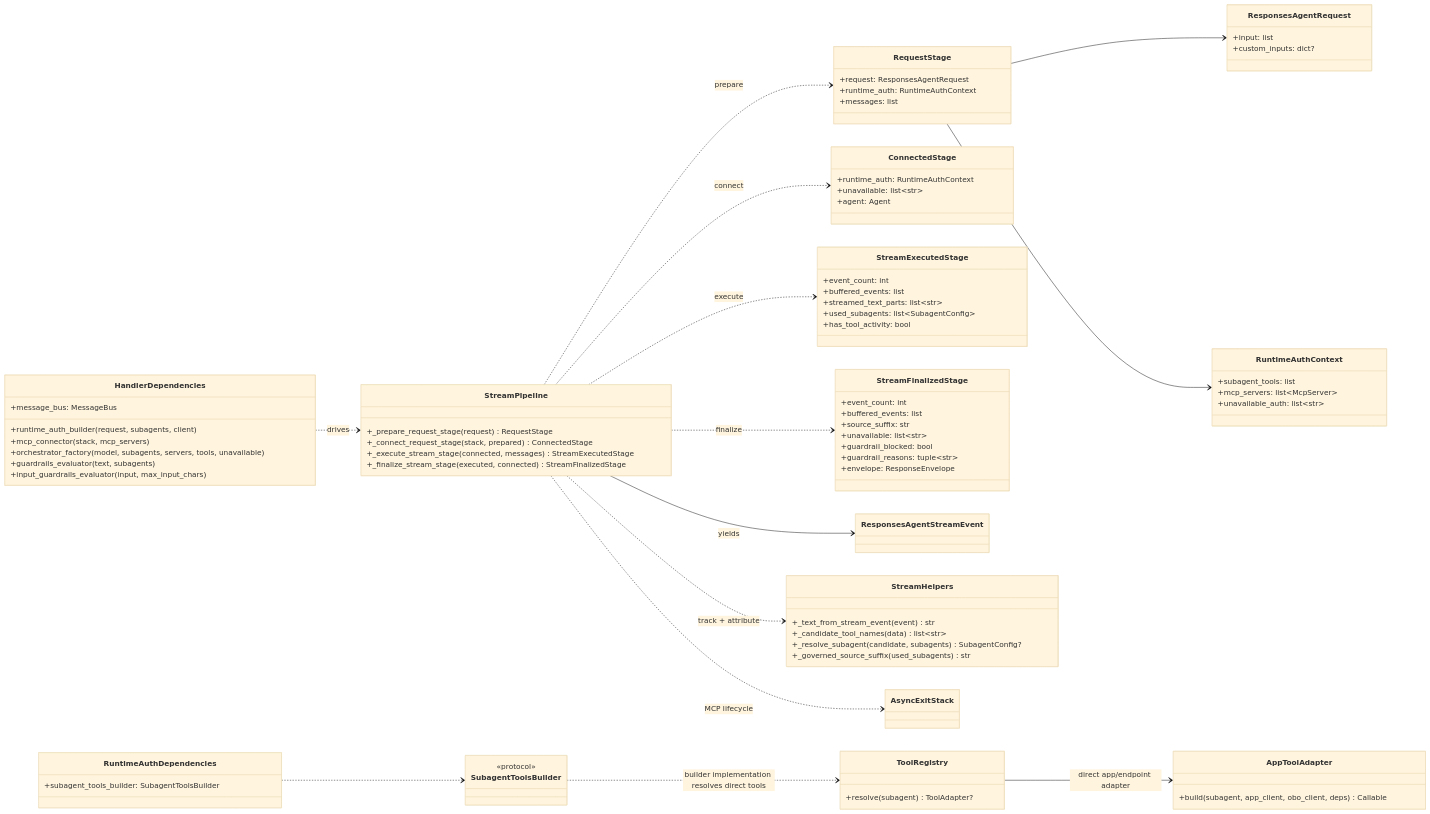
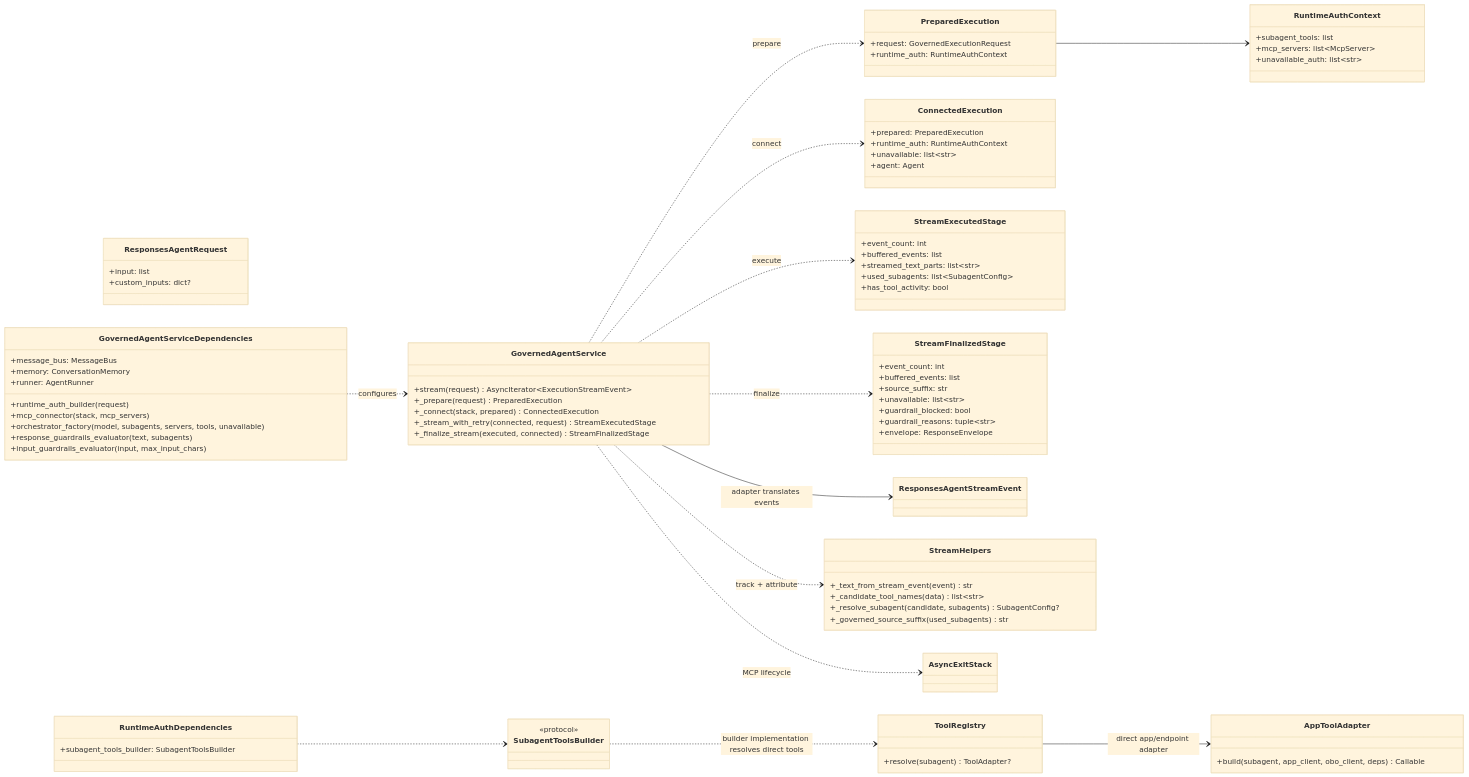
Before and after one commit to wchen-dea/Governed-Multi-Agent-Intelligence-on-Databricks: the second of 2 diagrams in docs/architecture/design-artifacts/07-runtime-invocation-stream-pipeline.md, drawn with Mermaid (base theme). The commit also changed other lines of this file and 67 other files, not shown here.

````diff
--- a/docs/architecture/design-artifacts/07-runtime-invocation-stream-pipeline.md
+++ b/docs/architecture/design-artifacts/07-runtime-invocation-stream-pipeline.md
@@ -103,13 +106,13 @@
 class ResponsesAgentStreamEvent
 class AsyncExitStack
 
-class RequestStage {
-    +request: ResponsesAgentRequest
+class PreparedExecution {
+    +request: GovernedExecutionRequest
     +runtime_auth: RuntimeAuthContext
-    +messages: list
 }
 
-class ConnectedStage {
+class ConnectedExecution {
+    +prepared: PreparedExecution
     +runtime_auth: RuntimeAuthContext
     +unavailable: list~str~
     +agent: Agent
@@ -133,13 +136,15 @@
     +envelope: ResponseEnvelope
 }
 
-class HandlerDependencies {
-    +runtime_auth_builder(request, subagents, client)
+class GovernedAgentServiceDependencies {
+    +runtime_auth_builder(request)
     +mcp_connector(stack, mcp_servers)
     +orchestrator_factory(model, subagents, servers, tools, unavailable)
-    +guardrails_evaluator(text, subagents)
+    +response_guardrails_evaluator(text, subagents)
     +input_guardrails_evaluator(input, max_input_chars)
     +message_bus: MessageBus
+    +memory: ConversationMemory
+    +runner: AgentRunner
 }
 class RuntimeAuthContext {
     +subagent_tools: list
@@ -159,11 +164,12 @@
     +build(subagent, app_client, obo_client, deps) Callable
 }
 
-class StreamPipeline {
-    +_prepare_request_stage(request) RequestStage
-    +_connect_request_stage(stack, prepared) ConnectedStage
-    +_execute_stream_stage(connected, messages) StreamExecutedStage
-    +_finalize_stream_stage(executed, connected) StreamFinalizedStage
+class GovernedAgentService {
+    +stream(request) AsyncIterator~ExecutionStreamEvent~
+    +_prepare(request) PreparedExecution
+    +_connect(stack, prepared) ConnectedExecution
+    +_stream_with_retry(connected, request) StreamExecutedStage
+    +_finalize_stream(executed, connected) StreamFinalizedStage
 }
 
 class StreamHelpers {
@@ -173,17 +179,16 @@
     +_governed_source_suffix(used_subagents) str
 }
 
-HandlerDependencies ..> StreamPipeline : drives
-StreamPipeline ..> RequestStage : prepare
-StreamPipeline ..> ConnectedStage : connect
-StreamPipeline ..> StreamExecutedStage : execute
-StreamPipeline ..> StreamFinalizedStage : finalize
-StreamPipeline --> ResponsesAgentStreamEvent : yields
-StreamPipeline ..> StreamHelpers : track + attribute
-RequestStage --> ResponsesAgentRequest
-RequestStage --> RuntimeAuthContext
+GovernedAgentServiceDependencies ..> GovernedAgentService : configures
+GovernedAgentService ..> PreparedExecution : prepare
+GovernedAgentService ..> ConnectedExecution : connect
+GovernedAgentService ..> StreamExecutedStage : execute
+GovernedAgentService ..> StreamFinalizedStage : finalize
+GovernedAgentService --> ResponsesAgentStreamEvent : adapter translates events
+GovernedAgentService ..> StreamHelpers : track + attribute
+PreparedExecution --> RuntimeAuthContext
 RuntimeAuthDependencies ..> SubagentToolsBuilder
 SubagentToolsBuilder ..> ToolRegistry : builder implementation resolves direct tools
 ToolRegistry --> AppToolAdapter : direct app/endpoint adapter
-StreamPipeline ..> AsyncExitStack : MCP lifecycle
+GovernedAgentService ..> AsyncExitStack : MCP lifecycle
 ```
````
